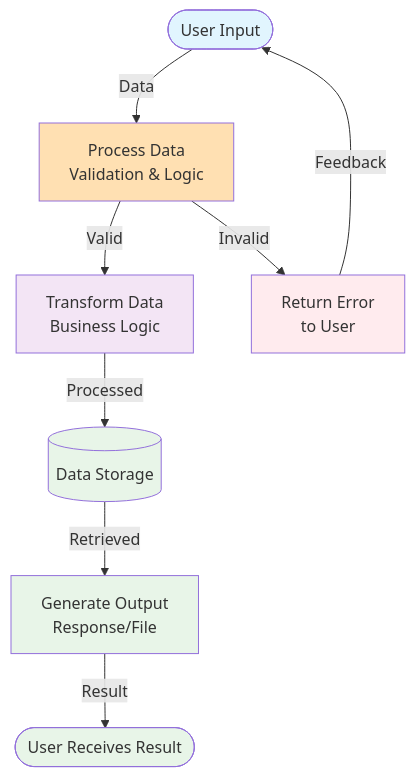
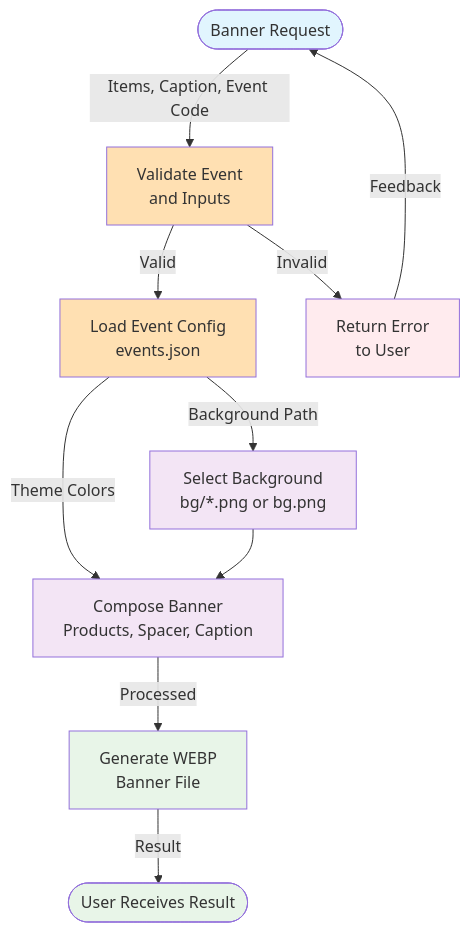
Before and after one commit to ronknight/landing-page-banner-automation: the diagram in openspec/diagram/dataflow.md, drawn with Mermaid. The commit also changed other lines of this file and 56 other files, not shown here.

````diff
--- a/openspec/diagram/dataflow.md
+++ b/openspec/diagram/dataflow.md
@@ -3,18 +3,21 @@
 ```mermaid
 graph TD
-    Start([User Input]) -->|Data| Process["Process Data<br/>Validation & Logic"]
-    Process -->|Valid| Transform["Transform Data<br/>Business Logic"]
-    Process -->|Invalid| Error["Return Error<br/>to User"]
-    Transform -->|Processed| Storage[("Data Storage")]
-    Storage -->|Retrieved| Output["Generate Output<br/>Response/File"]
+    Start([Banner Request]) -->|Items, Caption, Event Code| Validate["Validate Event<br/>and Inputs"]
+    Validate -->|Valid| Config["Load Event Config<br/>events.json"]
+    Validate -->|Invalid| Error["Return Error<br/>to User"]
+    Config -->|Background Path| Background["Select Background<br/>bg/*.png or bg.png"]
+    Config -->|Theme Colors| Transform["Compose Banner<br/>Products, Spacer, Caption"]
+    Background --> Transform
+    Transform -->|Processed| Output["Generate WEBP<br/>Banner File"]
     Output -->|Result| End([User Receives Result])
     Error -->|Feedback| Start
     
     style Start fill:#e1f5fe
-    style Process fill:#ffe0b2  
+    style Validate fill:#ffe0b2
+    style Config fill:#ffe0b2
+    style Background fill:#f3e5f5
     style Transform fill:#f3e5f5
-    style Storage fill:#e8f5e8
     style Output fill:#e8f5e8
     style Error fill:#ffebee
     style End fill:#e8f5e8
 ```
````
